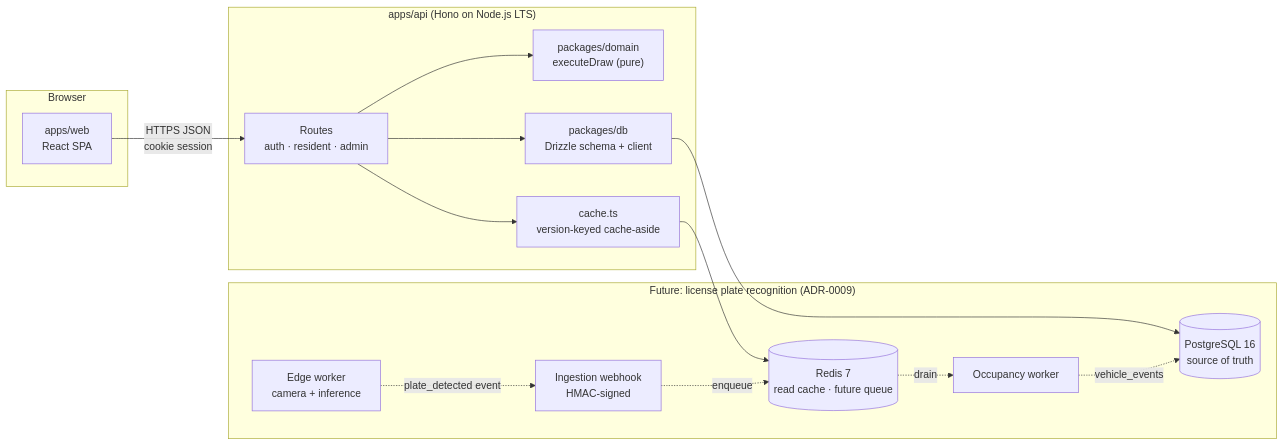
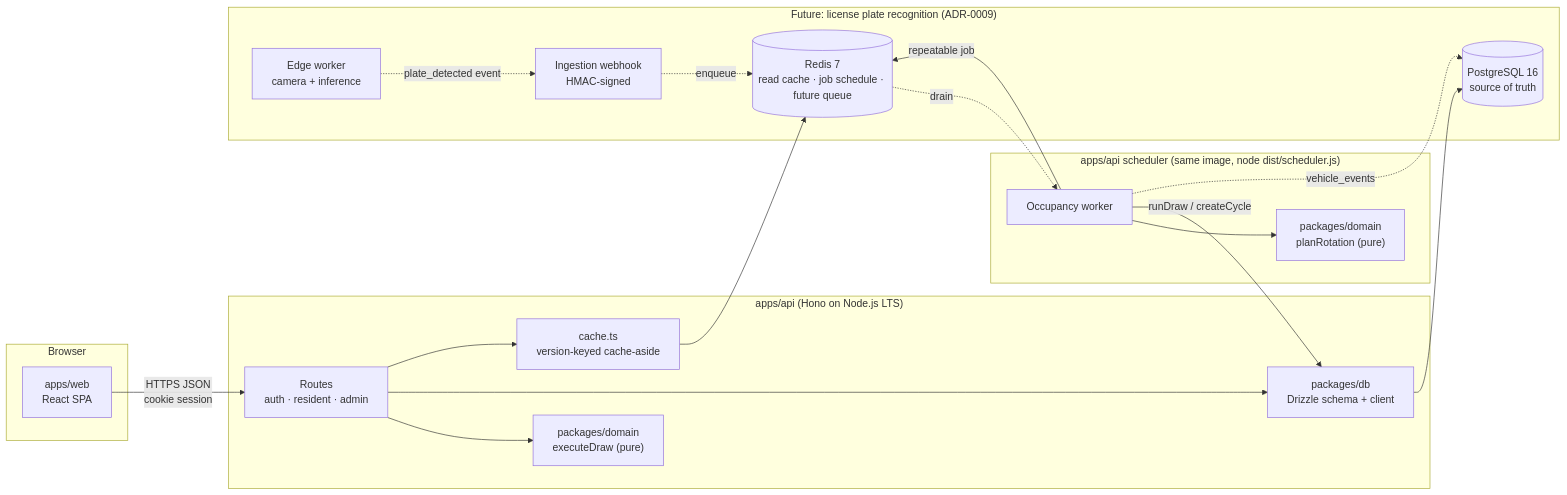
One commit to marcoamtz/residential-parking-system changed the first of 4 diagrams in docs/01-architecture.md. Above: the diagram before and after it, drawn with Mermaid. The commit also changed other lines of this file and 3 other files, not shown here.

First line of the commit message:
docs: brief coverage matrix, worker and deployment diagrams

````diff
--- a/docs/01-architecture.md
+++ b/docs/01-architecture.md
@@ -7,33 +7,41 @@
 ```mermaid
 flowchart LR
   subgraph client [Browser]
     web["apps/web<br/>React SPA"]
   end
 
   subgraph api ["apps/api (Hono on Node.js LTS)"]
     routes["Routes<br/>auth · resident · admin"]
     domain["packages/domain<br/>executeDraw (pure)"]
     db["packages/db<br/>Drizzle schema + client"]
     cache["cache.ts<br/>version-keyed cache-aside"]
     routes --> domain
     routes --> db
     routes --> cache
   end
 
+  subgraph sched ["apps/api scheduler (same image, node dist/scheduler.js)"]
+    worker["Rotation worker<br/>BullMQ repeatable job"]
+    policy["packages/domain<br/>planRotation (pure)"]
+    worker --> policy
+  end
+
   pg[("PostgreSQL 16<br/>source of truth")]
-  redis[("Redis 7<br/>read cache · future queue")]
+  redis[("Redis 7<br/>read cache · job schedule · future queue")]
 
   web -- "HTTPS JSON<br/>cookie session" --> routes
   db --> pg
   cache --> redis
+  worker -- "runDraw / createCycle" --> db
+  worker -- "repeatable job" --> redis
 
   subgraph future ["Future: license plate recognition (ADR-0009)"]
     cam["Edge worker<br/>camera + inference"]
     hook["Ingestion webhook<br/>HMAC-signed"]
     worker["Occupancy worker"]
     cam -. "plate_detected event" .-> hook
     hook -. enqueue .-> redis
     redis -. drain .-> worker
     worker -. "vehicle_events" .-> pg
   end
 ```
````
